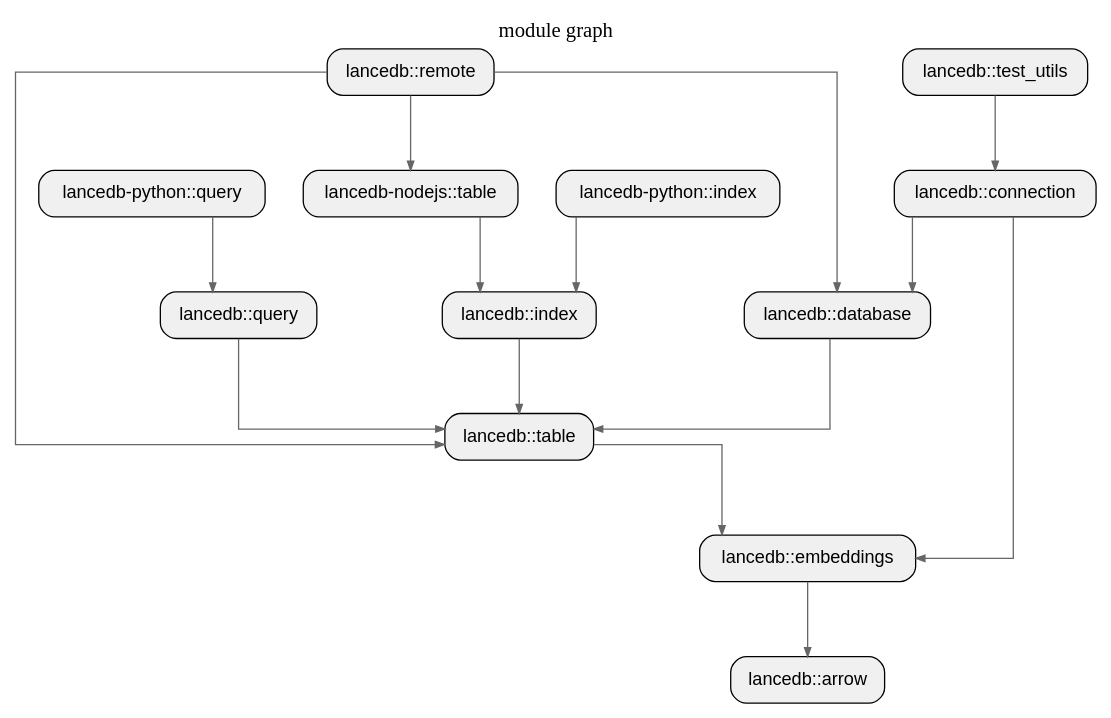
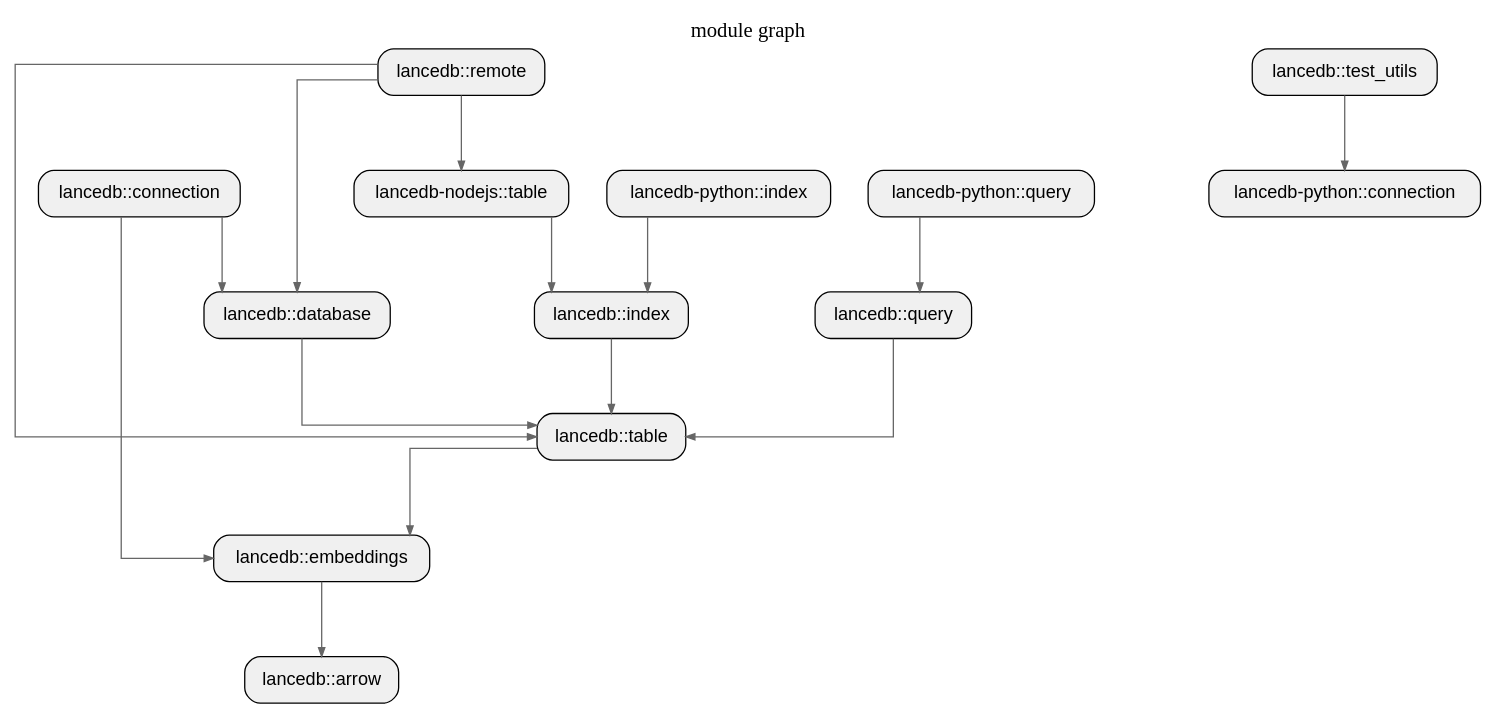
One commit to allenanswerzq/llmcc changed the diagram in sample/lancedb-pagerank/depth_2_module.dot. Above: the diagram before and after it, drawn with Graphviz. The commit also changed 215 other files, not shown here.

```diff
--- a/sample/lancedb-pagerank/depth_2_module.dot
+++ b/sample/lancedb-pagerank/depth_2_module.dot
@@ -1,44 +1,45 @@
 digraph architecture {
   // Layout settings
   rankdir=TB;
   ranksep=0.8;
   nodesep=0.4;
   splines=ortho;
   concentrate=true;
 
   node [shape=box, style="rounded,filled", fillcolor="#f0f0f0", fontname="Helvetica"];
   edge [color="#666666", arrowsize=0.7];
 
   label="module graph";
   labelloc=t;
   fontsize=16;
   fontname="Helvetica Bold";
 
   mod_lancedb_arrow[label="lancedb::arrow"];
   mod_lancedb_connection[label="lancedb::connection"];
   mod_lancedb_database[label="lancedb::database"];
   mod_lancedb_embeddings[label="lancedb::embeddings"];
   mod_lancedb_index[label="lancedb::index"];
   mod_lancedb_nodejs_table[label="lancedb-nodejs::table"];
+  mod_lancedb_python_connection[label="lancedb-python::connection"];
   mod_lancedb_python_index[label="lancedb-python::index"];
   mod_lancedb_python_query[label="lancedb-python::query"];
   mod_lancedb_query[label="lancedb::query"];
   mod_lancedb_remote[label="lancedb::remote"];
   mod_lancedb_table[label="lancedb::table"];
   mod_lancedb_test_utils[label="lancedb::test_utils"];
 
   mod_lancedb_connection -> mod_lancedb_database;
   mod_lancedb_connection -> mod_lancedb_embeddings;
   mod_lancedb_database -> mod_lancedb_table;
   mod_lancedb_embeddings -> mod_lancedb_arrow;
   mod_lancedb_index -> mod_lancedb_table;
   mod_lancedb_nodejs_table -> mod_lancedb_index;
   mod_lancedb_python_index -> mod_lancedb_index;
   mod_lancedb_python_query -> mod_lancedb_query;
   mod_lancedb_query -> mod_lancedb_table;
   mod_lancedb_remote -> mod_lancedb_database;
   mod_lancedb_remote -> mod_lancedb_nodejs_table;
   mod_lancedb_remote -> mod_lancedb_table;
   mod_lancedb_table -> mod_lancedb_embeddings;
-  mod_lancedb_test_utils -> mod_lancedb_connection;
+  mod_lancedb_test_utils -> mod_lancedb_python_connection;
 }
```
